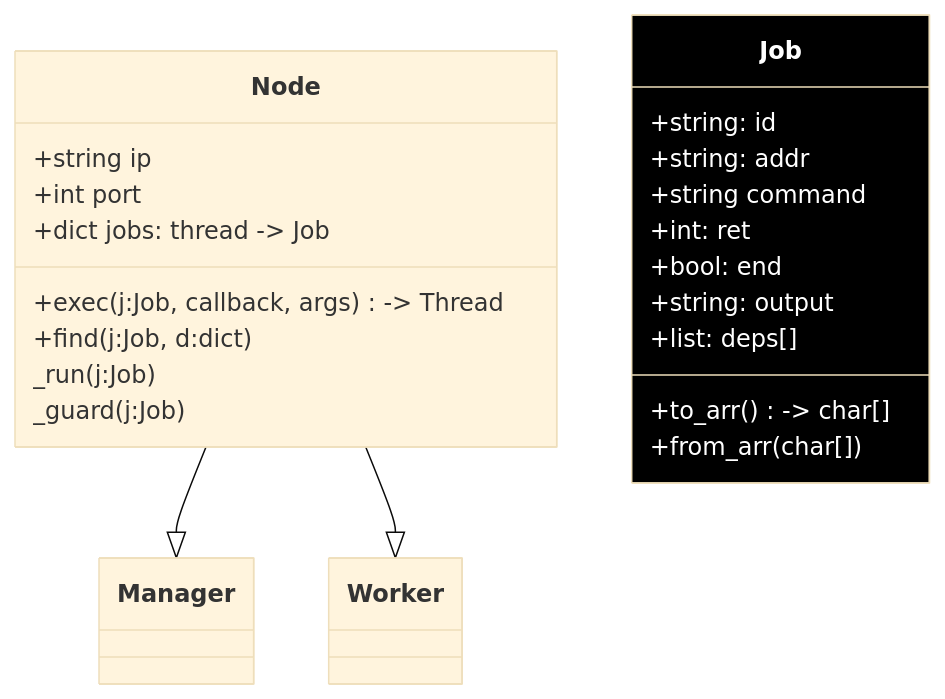
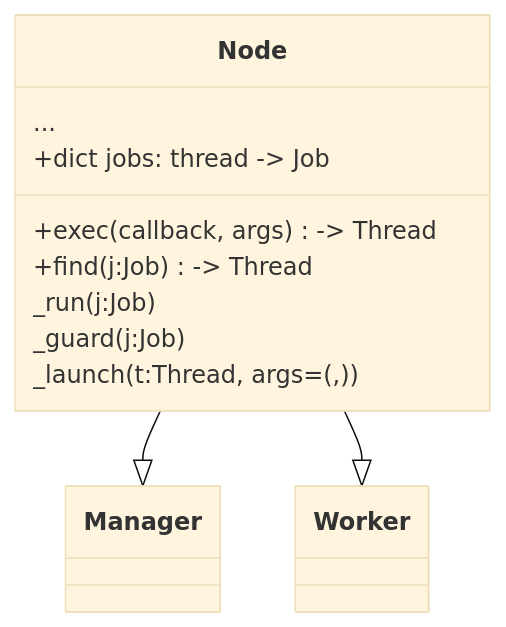
One commit to duclos-cavalcanti/TreeBuilder changed the first of 3 diagrams in docs/slidev/slides/Classes.md. Above: the diagram before and after it, drawn with Mermaid (base theme). The commit also changed other lines of this file and 12 other files, not shown here.

````diff
--- a/docs/slidev/slides/Classes.md
+++ b/docs/slidev/slides/Classes.md
@@ -19,41 +19,25 @@
 ```mermaid
 classDiagram
     class Node{
-            +string ip
-            +int port
+            ...
             +dict jobs: thread -> Job
 
-            +exec(j:Job, callback, args) -> Thread
-            +find(j:Job, d:dict)
+            +exec(callback, args) -> Thread
+            +find(j:Job) -> Thread
 
             _run(j:Job)
             _guard(j:Job)
+            _launch(t:Thread, args=(,))
     }
 
     class Manager{
     }
 
     class Worker{
     }
 
-    class Job{
-            +string: id
-            +string: addr
-
-            +string command
-            +int: ret
-            +bool: end
-            +string: output
-
-            +list: deps[]
-
-            +to_arr() -> char[]
-            +from_arr(char[])
-    }
-
-
     Node --|> Manager
     Node --|> Worker
 
     style Job fill:#000000,color:#fff
 ```
````
